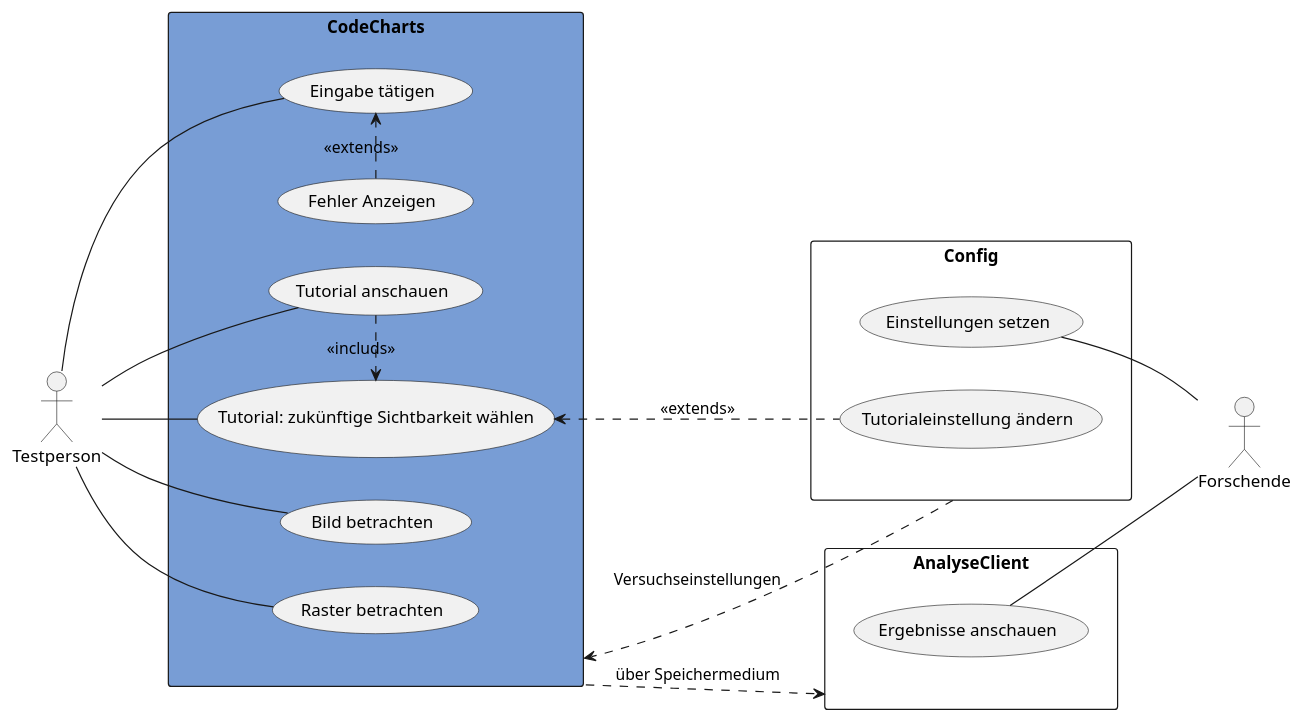
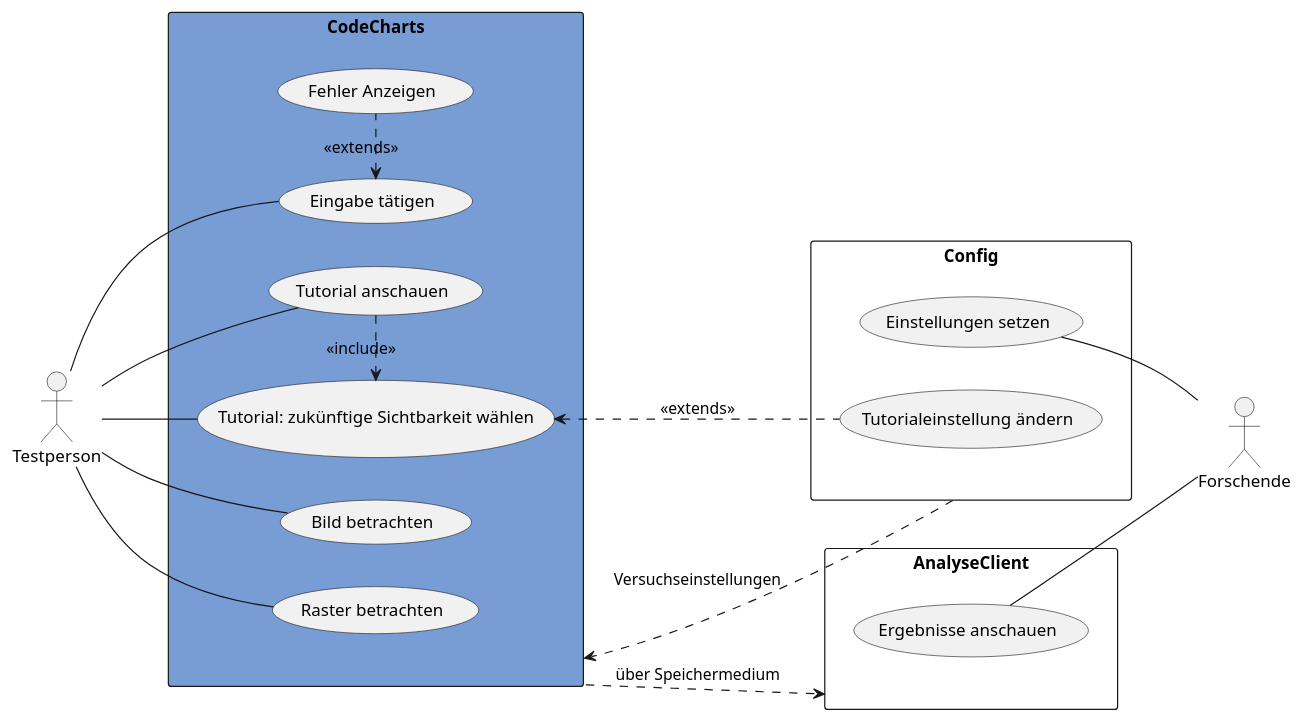
Before and after one commit to weichware10/meilensteine: the diagram in meilenstein_05/usecase-CodeCharts/usecase-CodeCharts.puml, drawn with PlantUML.

Commit message:
formatierung

```diff
--- a/meilenstein_05/usecase-CodeCharts/usecase-CodeCharts.puml
+++ b/meilenstein_05/usecase-CodeCharts/usecase-CodeCharts.puml
@@ -1,46 +1,45 @@
 @startuml CodeCharts
 left to right direction
 
 actor Testperson as t
 actor Forschende as f
 
-rectangle CodeCharts as z #789dd5 {
+rectangle CodeCharts as z #789dd4 {
     usecase "Tutorial anschauen" as td
     usecase "Tutorial: zukünftige Sichtbarkeit wählen" as tw
     usecase "Bild betrachten" as bb
     usecase "Raster betrachten" as rb
     usecase "Eingabe tätigen" as et
     usecase "Fehler Anzeigen" as fa
 
-
-    fa .r.> et : <<extends>> 
-    td .r.> tw : <<includs>>
+    fa .l.> et : <<extends>>
+    td .r.> tw : <<include>>
 }
 
 rectangle AnalyseClient as a {
     usecase "Ergebnisse anschauen" as ea
 }
 
 rectangle Config as c {
     usecase "Einstellungen setzen" as es
     usecase "Tutorialeinstellung ändern" as tä
 }
 
 ' Testperson
 t -- td
 t -- tw
 t -- bb
 t -- rb
 t -- et
 
 ' Forschende
 es -- f
 ea -- f
 
 ' intern
-tw <.. tä : <<extends>> 
+tw <.. tä : <<extends>>
 z ..> a : über Speichermedium
 z <.l. c : Versuchseinstellungen
 
 
 @enduml
```
